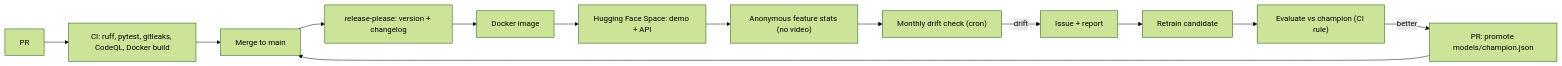
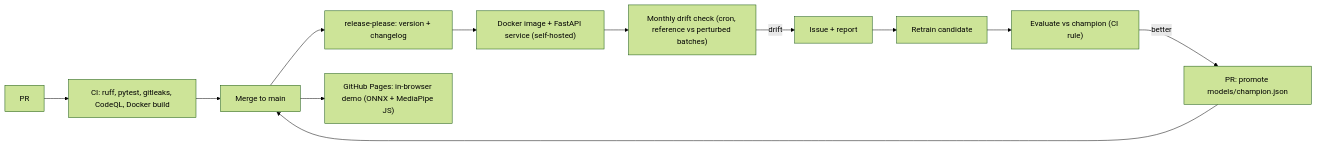
One commit to gabrielkpo/Fall-detection changed the diagram in README.md. Above: the diagram before and after it, drawn with Mermaid (forest theme). The commit also changed other lines of this file and 6 other files, not shown here.

First line of the commit message:
feat: static in-browser demo (ONNX + MediaPipe JS) replaces the Hugging Face Space

````diff
--- a/README.md
+++ b/README.md
@@ -8,15 +8,14 @@
 ```mermaid
 flowchart LR
     A[PR] --> B["CI: ruff, pytest, gitleaks, CodeQL, Docker build"]
     B --> C[Merge to main]
     C --> D["release-please: version + changelog"]
-    D --> E[Docker image]
-    E --> F["Hugging Face Space: demo + API"]
-    F --> G["Anonymous feature stats (no video)"]
-    G --> H["Monthly drift check (cron)"]
-    H -->|drift| I[Issue + report]
-    I --> J["Retrain candidate"]
-    J --> K["Evaluate vs champion (CI rule)"]
-    K -->|better| L["PR: promote models/champion.json"]
-    L --> C
+    C --> E["GitHub Pages: in-browser demo (ONNX + MediaPipe JS)"]
+    D --> F["Docker image + FastAPI service (self-hosted)"]
+    F --> G["Monthly drift check (cron, reference vs perturbed batches)"]
+    G -->|drift| H[Issue + report]
+    H --> I["Retrain candidate"]
+    I --> J["Evaluate vs champion (CI rule)"]
+    J -->|better| K["PR: promote models/champion.json"]
+    K --> C
 ```
````
